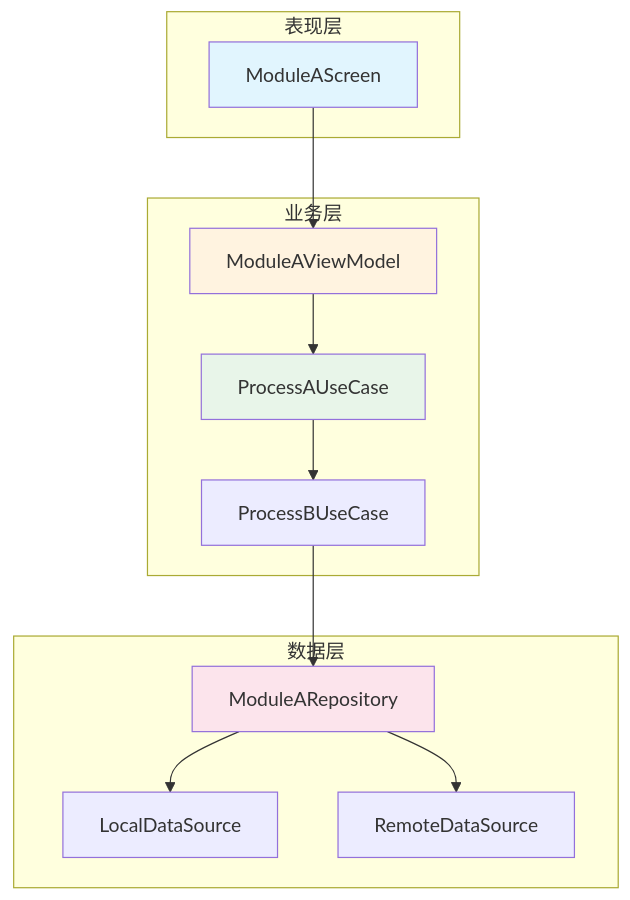
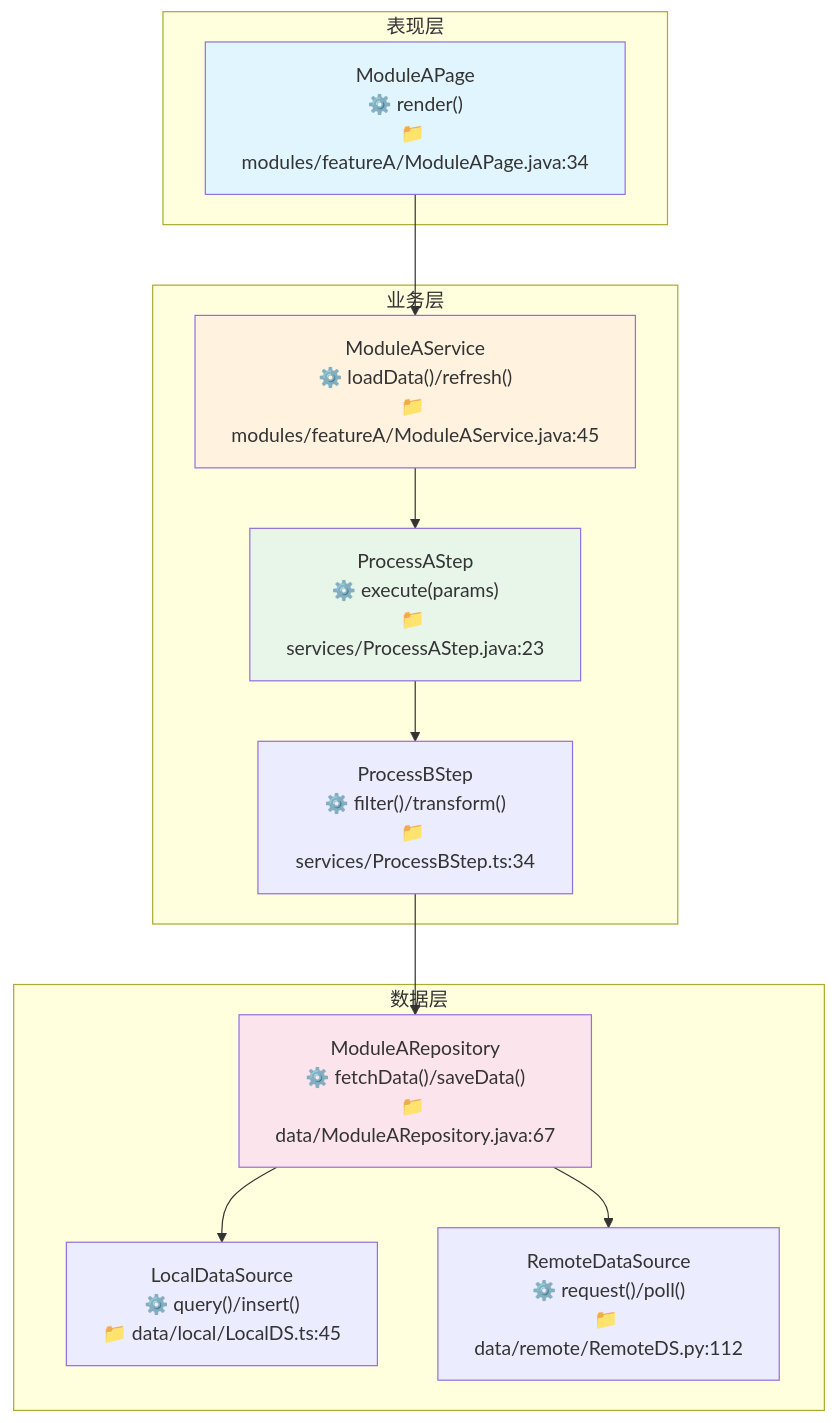
One commit to CaostGrace/project-arch-reverse changed the sixth of 12 diagrams in references/template.md. Above: the diagram before and after it, drawn with Mermaid. The commit also changed other lines of this file and 11 other files, not shown here.

Commit message:
feat: 为全部平台模板补充主要业务流程图章节，新增3072行代码示例，覆盖flutter/harmonyos/ios/java-backend/nodejs/react/vue七个平台，含Mermaid流程图、时序图、分层架构流程及业务流程汇总表

````diff
--- a/references/template.md
+++ b/references/template.md
@@ -158,30 +331,30 @@
 ```mermaid
 flowchart TB
     subgraph Presentation[表现层]
-        SCREEN_A[ModuleAScreen]
+        SCREEN_A["ModuleAPage<br/>⚙️ render()<br/>📁 modules/featureA/ModuleAPage.java:34"]
     end
 
     subgraph Business[业务层]
-        VM_A[ModuleAViewModel]
-        USE_CASE_A[ProcessAUseCase]
-        USE_CASE_B[ProcessBUseCase]
+        LOGIC_A["ModuleAService<br/>⚙️ loadData()/refresh()<br/>📁 modules/featureA/ModuleAService.java:45"]
+        USE_CASE_A["ProcessAStep<br/>⚙️ execute(params)<br/>📁 services/ProcessAStep.java:23"]
+        USE_CASE_B["ProcessBStep<br/>⚙️ filter()/transform()<br/>📁 services/ProcessBStep.ts:34"]
     end
 
     subgraph Data[数据层]
-        REPO_A[ModuleARepository]
-        LOCAL_DS[LocalDataSource]
-        REMOTE_DS[RemoteDataSource]
+        REPO_A["ModuleARepository<br/>⚙️ fetchData()/saveData()<br/>📁 data/ModuleARepository.java:67"]
+        LOCAL_DS["LocalDataSource<br/>⚙️ query()/insert()<br/>📁 data/local/LocalDS.ts:45"]
+        REMOTE_DS["RemoteDataSource<br/>⚙️ request()/poll()<br/>📁 data/remote/RemoteDS.py:112"]
     end
 
-    SCREEN_A --> VM_A
-    VM_A --> USE_CASE_A
+    SCREEN_A --> LOGIC_A
+    LOGIC_A --> USE_CASE_A
     USE_CASE_A --> USE_CASE_B
     USE_CASE_B --> REPO_A
     REPO_A --> LOCAL_DS
     REPO_A --> REMOTE_DS
 
     style SCREEN_A fill:#e1f5fe
-    style VM_A fill:#fff3e0
+    style LOGIC_A fill:#fff3e0
     style USE_CASE_A fill:#e8f5e9
     style REPO_A fill:#fce4ec
 ```
````
